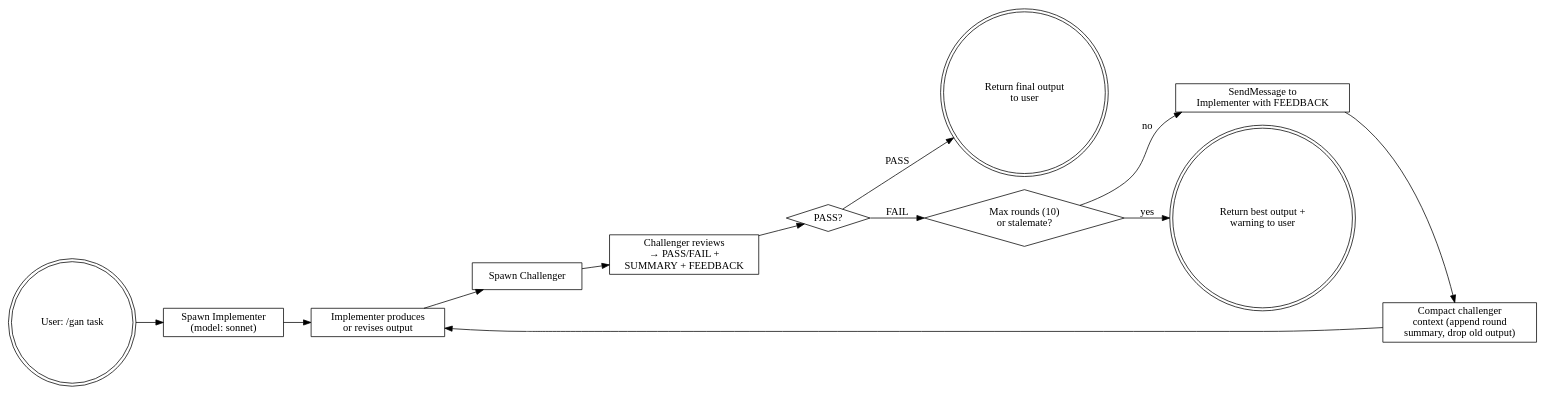
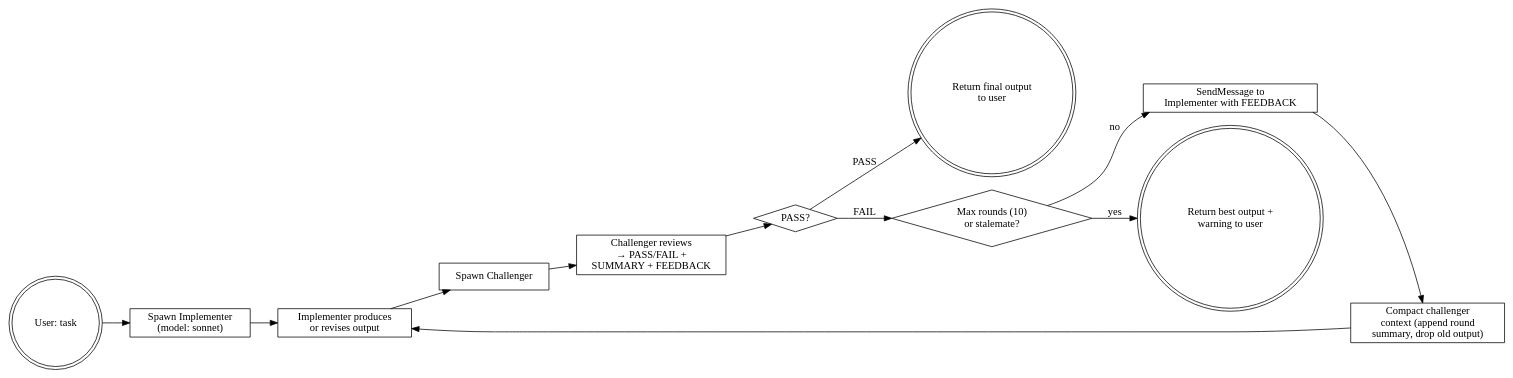
One commit to KarhouTam/agent-skills changed the diagram in adversarial-review/SKILL.md. Above: the diagram before and after it, drawn with Graphviz. The commit also changed other lines of this file, not shown here.

Commit message:
refactor(adversarial-review): Simplify description and flow instructions for clarity

````diff
--- a/adversarial-review/SKILL.md
+++ b/adversarial-review/SKILL.md
@@ -33,29 +31,29 @@
 ```dot
 digraph gan_loop {
     rankdir=LR;
 
-    "User: /gan task" [shape=doublecircle];
+    "User: task" [shape=doublecircle];
     "Spawn Implementer\n(model: sonnet)" [shape=box];
     "Spawn Challenger" [shape=box];
     "Implementer produces\nor revises output" [shape=box];
     "Challenger reviews\n→ PASS/FAIL +\nSUMMARY + FEEDBACK" [shape=box];
     "PASS?" [shape=diamond];
     "Return final output\nto user" [shape=doublecircle];
     "SendMessage to\nImplementer with FEEDBACK" [shape=box];
     "Compact challenger\ncontext (append round\nsummary, drop old output)" [shape=box];
     "Max rounds (10)\nor stalemate?" [shape=diamond];
     "Return best output +\nwarning to user" [shape=doublecircle];
 
-    "User: /gan task" -> "Spawn Implementer\n(model: sonnet)";
+    "User: task" -> "Spawn Implementer\n(model: sonnet)";
     "Spawn Implementer\n(model: sonnet)" -> "Implementer produces\nor revises output";
     "Implementer produces\nor revises output" -> "Spawn Challenger";
     "Spawn Challenger" -> "Challenger reviews\n→ PASS/FAIL +\nSUMMARY + FEEDBACK";
     "Challenger reviews\n→ PASS/FAIL +\nSUMMARY + FEEDBACK" -> "PASS?";
     "PASS?" -> "Return final output\nto user" [label="PASS"];
     "PASS?" -> "Max rounds (10)\nor stalemate?" [label="FAIL"];
     "Max rounds (10)\nor stalemate?" -> "Return best output +\nwarning to user" [label="yes"];
     "Max rounds (10)\nor stalemate?" -> "SendMessage to\nImplementer with FEEDBACK" [label="no"];
     "SendMessage to\nImplementer with FEEDBACK" -> "Compact challenger\ncontext (append round\nsummary, drop old output)";
     "Compact challenger\ncontext (append round\nsummary, drop old output)" -> "Implementer produces\nor revises output";
 }
 ```
````
